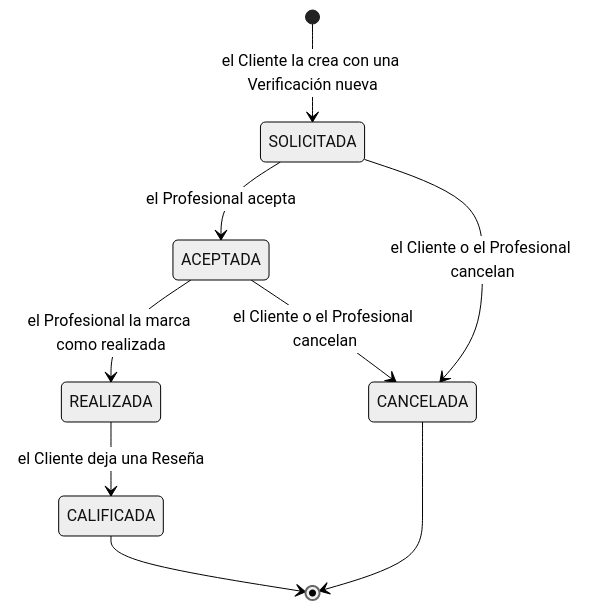
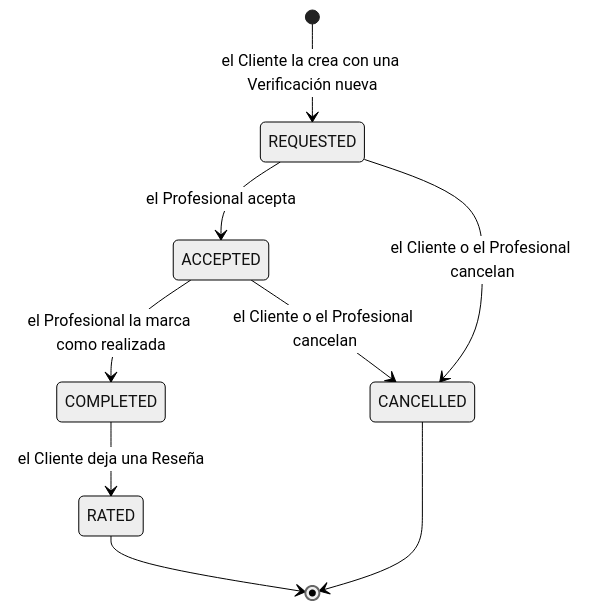
The sixth of 6 diagrams in docs/modelo-de-dominio.md (IvanDaniliuk01/MatriculAR), drawn with Mermaid (neutral theme) before and after one commit. The commit also changed other lines of this file and 23 other files, not shown here.

````diff
--- a/docs/modelo-de-dominio.md
+++ b/docs/modelo-de-dominio.md
@@ -306,11 +306,11 @@
 ```mermaid
 stateDiagram-v2
-    [*] --> SOLICITADA : el Cliente la crea con una Verificación nueva
-    SOLICITADA --> ACEPTADA : el Profesional acepta
-    SOLICITADA --> CANCELADA : el Cliente o el Profesional cancelan
-    ACEPTADA --> REALIZADA : el Profesional la marca como realizada
-    ACEPTADA --> CANCELADA : el Cliente o el Profesional cancelan
-    REALIZADA --> CALIFICADA : el Cliente deja una Reseña
-    CALIFICADA --> [*]
-    CANCELADA --> [*]
+    [*] --> REQUESTED : el Cliente la crea con una Verificación nueva
+    REQUESTED --> ACCEPTED : el Profesional acepta
+    REQUESTED --> CANCELLED : el Cliente o el Profesional cancelan
+    ACCEPTED --> COMPLETED : el Profesional la marca como realizada
+    ACCEPTED --> CANCELLED : el Cliente o el Profesional cancelan
+    COMPLETED --> RATED : el Cliente deja una Reseña
+    RATED --> [*]
+    CANCELLED --> [*]
 ```
````
